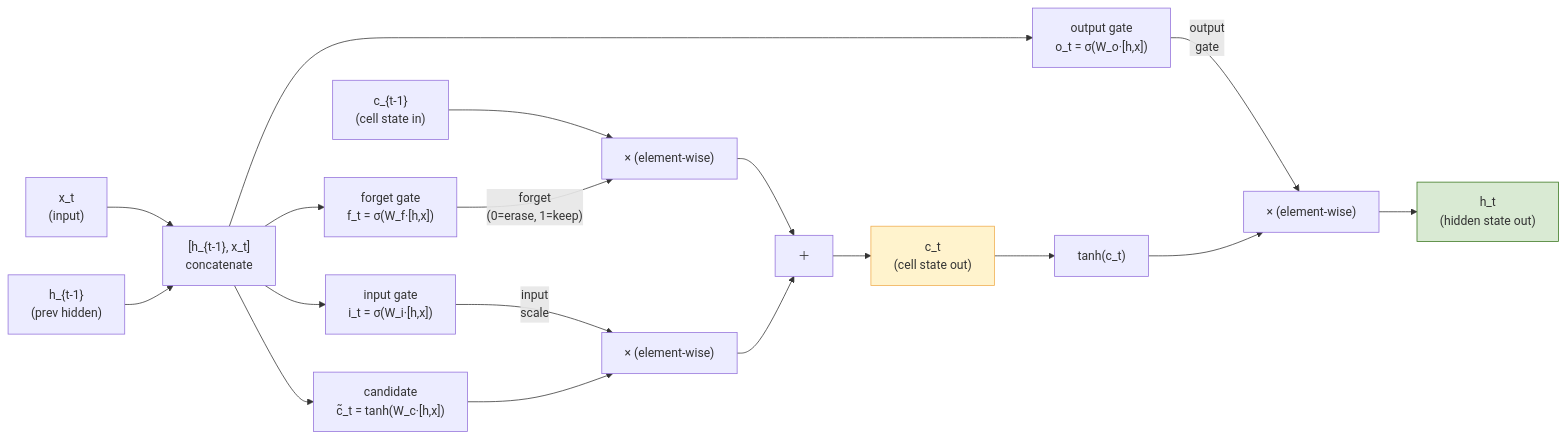
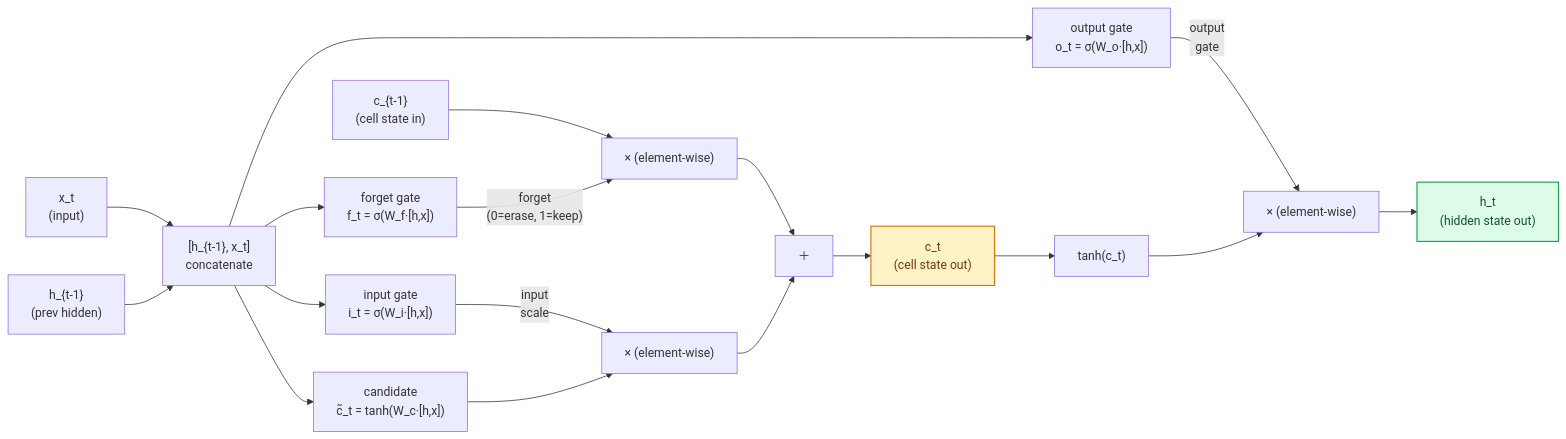
One commit to vushesh-008/Building_LLM_from_scratch changed the second of 6 diagrams in transformers_basics/00_Foundations_and_Pre_Transformers/00a_RNN_Era_and_Attention.md. Above: the diagram before and after it, drawn with Mermaid. The commit also changed other lines of this file, not shown here.

Commit message:
docs: clarify RNN parameter sharing, BPTT accumulation, and dark mode diagram contrast in 00a

````diff
--- a/transformers_basics/00_Foundations_and_Pre_Transformers/00a_RNN_Era_and_Attention.md
+++ b/transformers_basics/00_Foundations_and_Pre_Transformers/00a_RNN_Era_and_Attention.md
@@ -226,29 +238,29 @@
 ```mermaid
 flowchart LR
     xt["x_t\n(input)"] --> concat
     ht_prev["h_{t-1}\n(prev hidden)"] --> concat
 
     concat["[h_{t-1}, x_t]\nconcatenate"]
 
     concat --> fg["forget gate\nf_t = σ(W_f·[h,x])"]
     concat --> ig["input gate\ni_t = σ(W_i·[h,x])"]
     concat --> cg["candidate\nc̃_t = tanh(W_c·[h,x])"]
     concat --> og["output gate\no_t = σ(W_o·[h,x])"]
 
     ct_prev["c_{t-1}\n(cell state in)"] --> forget_mul
     fg --"forget\n(0=erase, 1=keep)"--> forget_mul["× (element-wise)"]
     ig --"input\nscale"--> write_mul["× (element-wise)"]
     cg --> write_mul
 
     forget_mul --> add_cell["＋"]
     write_mul --> add_cell
     add_cell --> ct["c_t\n(cell state out)"]
 
     ct --> tanh_c["tanh(c_t)"]
     og --"output\ngate"--> out_mul["× (element-wise)"]
     tanh_c --> out_mul
     out_mul --> ht["h_t\n(hidden state out)"]
 
-    style ct fill:#fff3cd,stroke:#f0ad4e
-    style ht fill:#d9ead3,stroke:#38761d
+    style ct fill:#fef3c7,stroke:#d97706,stroke-width:1.5px,color:#78350f
+    style ht fill:#dcfce7,stroke:#16a34a,stroke-width:1.5px,color:#14532d
 ```
````
